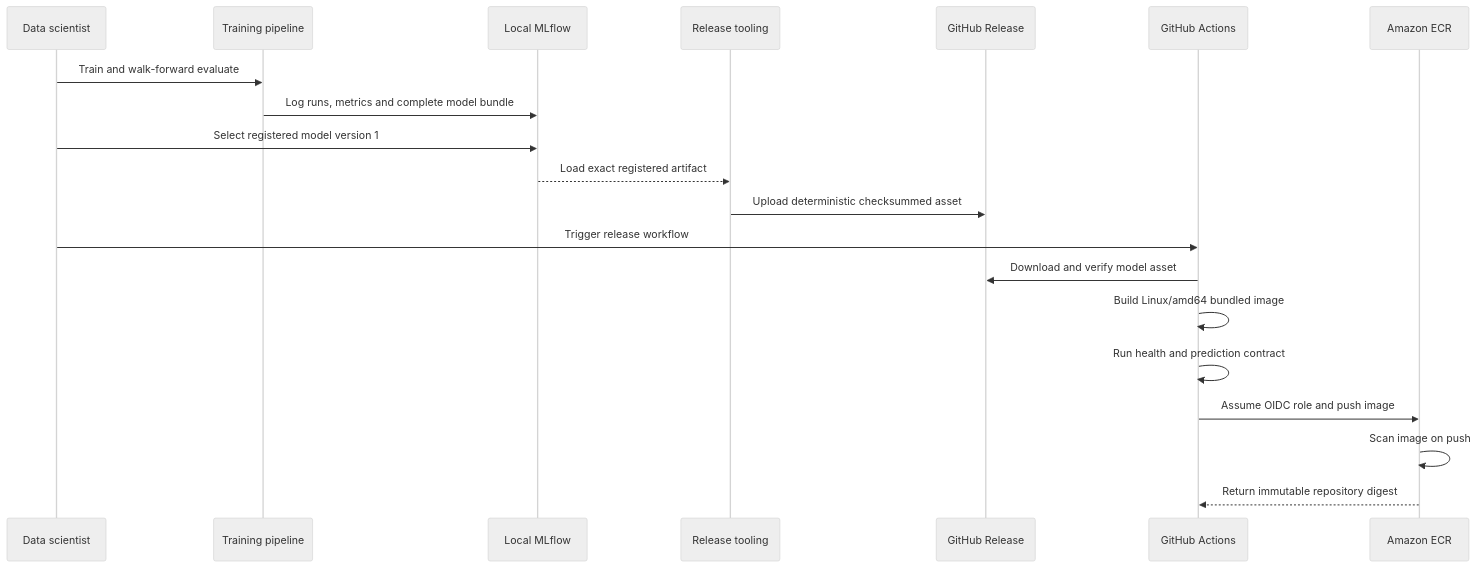
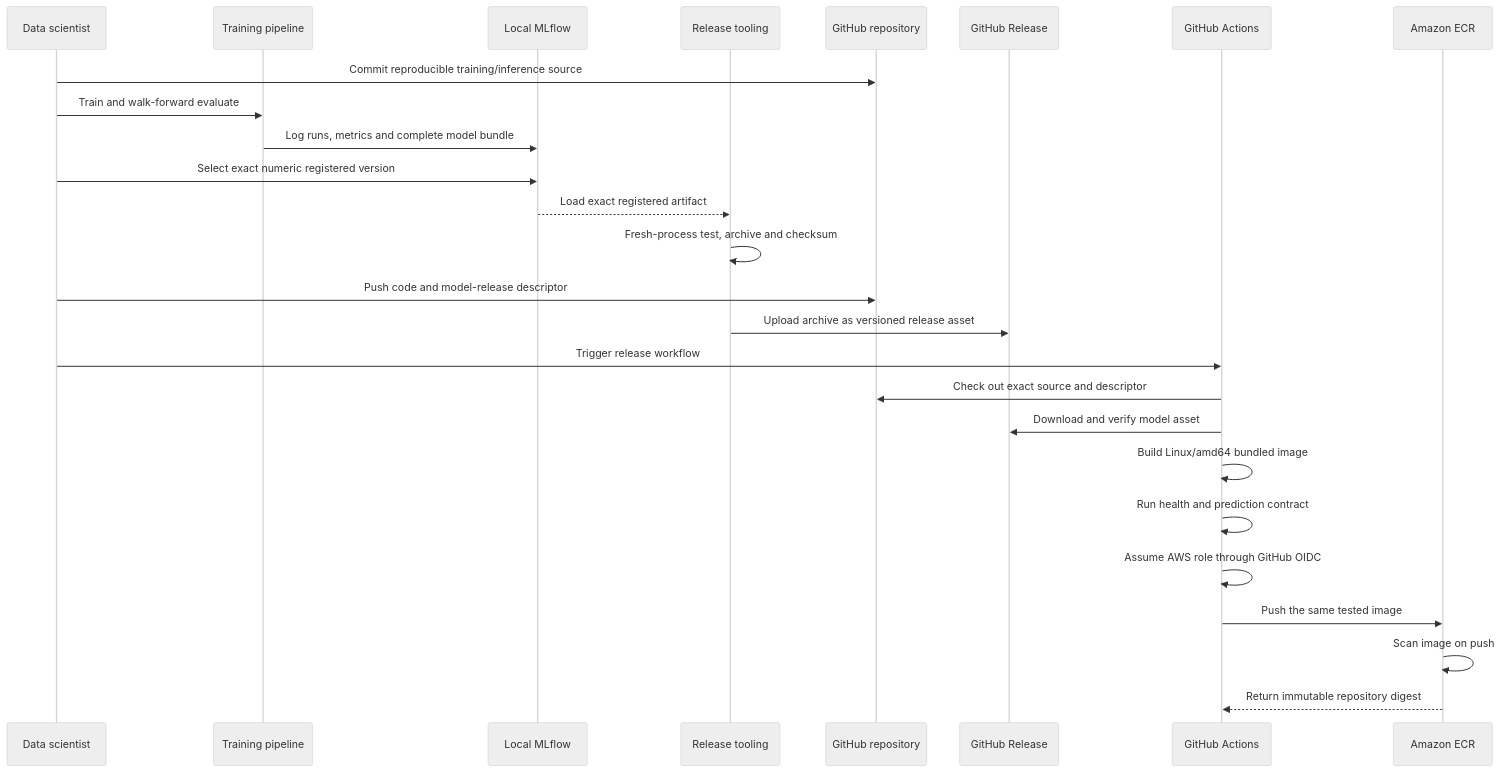
The third of 16 diagrams in docs/PRODUCTION_ARCHITECTURE_LEARNING.md (sarthak13gupta/epex-price-forecaster), drawn with Mermaid (neutral theme) before and after one commit. The commit also changed other lines of this file, not shown here.

Commit message:
Clarify chronological model release flow

````diff
--- a/docs/PRODUCTION_ARCHITECTURE_LEARNING.md
+++ b/docs/PRODUCTION_ARCHITECTURE_LEARNING.md
@@ -181,23 +218,29 @@
 ```mermaid
 sequenceDiagram
     participant DS as Data scientist
     participant Train as Training pipeline
     participant MF as Local MLflow
     participant Export as Release tooling
+    participant Git as GitHub repository
     participant GR as GitHub Release
     participant GA as GitHub Actions
     participant ECR as Amazon ECR
 
+    DS->>Git: Commit reproducible training/inference source
     DS->>Train: Train and walk-forward evaluate
     Train->>MF: Log runs, metrics and complete model bundle
-    DS->>MF: Select registered model version 1
+    DS->>MF: Select exact numeric registered version
     MF-->>Export: Load exact registered artifact
-    Export->>GR: Upload deterministic checksummed asset
+    Export->>Export: Fresh-process test, archive and checksum
+    DS->>Git: Push code and model-release descriptor
+    Export->>GR: Upload archive as versioned release asset
     DS->>GA: Trigger release workflow
+    GA->>Git: Check out exact source and descriptor
     GA->>GR: Download and verify model asset
     GA->>GA: Build Linux/amd64 bundled image
     GA->>GA: Run health and prediction contract
-    GA->>ECR: Assume OIDC role and push image
+    GA->>GA: Assume AWS role through GitHub OIDC
+    GA->>ECR: Push the same tested image
     ECR->>ECR: Scan image on push
     ECR-->>GA: Return immutable repository digest
 ```
````
